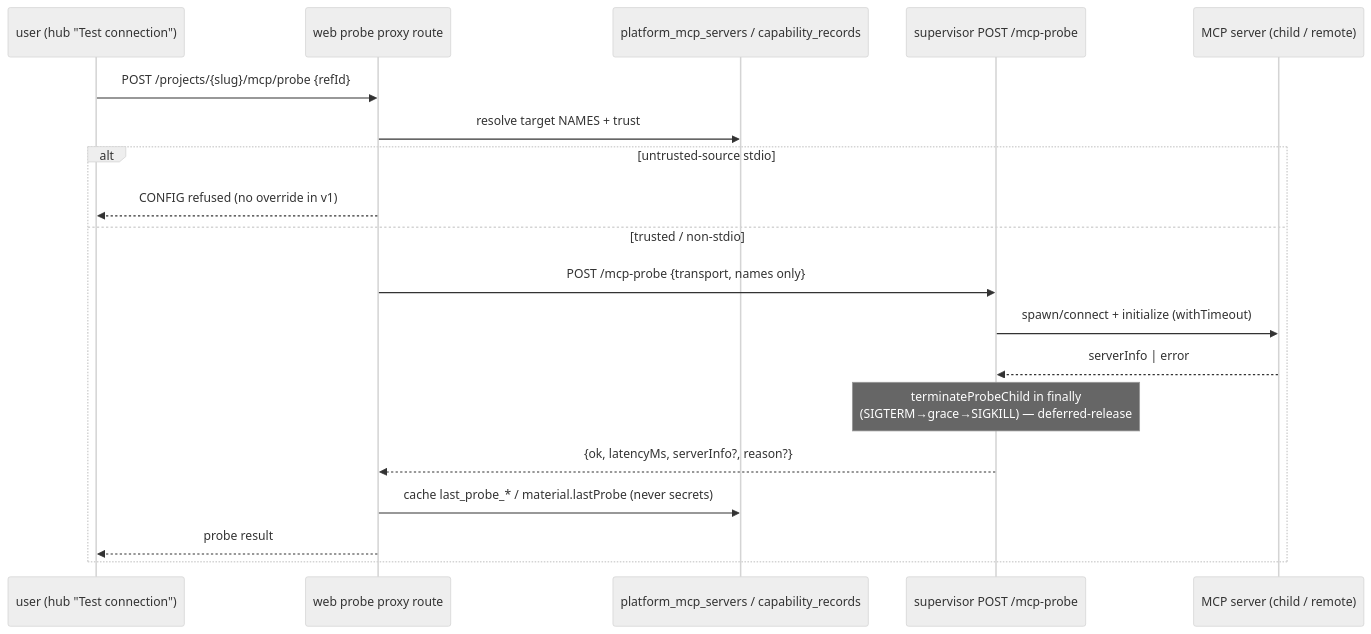
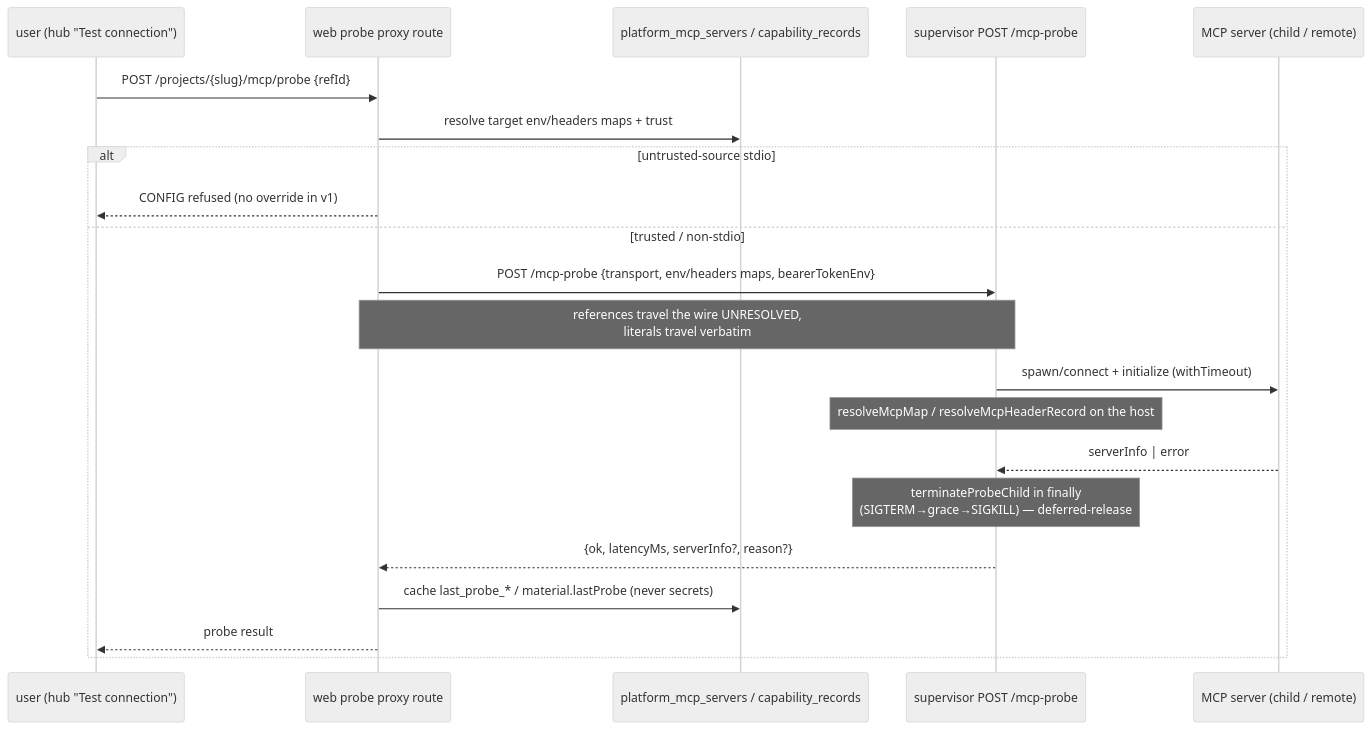
The sixth of 6 diagrams in docs/system-analytics/mcp-management.md (maister-dev/maister), drawn with Mermaid (neutral theme) before and after one commit. The commit also changed other lines of this file and 24 other files, not shown here.

First line of the commit message:
docs(mcp): ADR-179 — value maps, bearer field, value-replacing overlays, env-ref readiness, transport gate; analytics/API/DB contracts

````diff
--- a/docs/system-analytics/mcp-management.md
+++ b/docs/system-analytics/mcp-management.md
@@ -192,22 +226,24 @@
 ```mermaid
 sequenceDiagram
     participant U as user (hub "Test connection")
     participant W as web probe proxy route
     participant D as platform_mcp_servers / capability_records
     participant V as supervisor POST /mcp-probe
     participant M as MCP server (child / remote)
 
     U->>W: POST /projects/{slug}/mcp/probe {refId}
-    W->>D: resolve target NAMES + trust
+    W->>D: resolve target env/headers maps + trust
     alt untrusted-source stdio
         W-->>U: CONFIG refused (no override in v1)
     else trusted / non-stdio
-        W->>V: POST /mcp-probe {transport, names only}
+        W->>V: POST /mcp-probe {transport, env/headers maps, bearerTokenEnv}
+        note over W,V: references travel the wire UNRESOLVED,<br/>literals travel verbatim
         V->>M: spawn/connect + initialize (withTimeout)
+        note over V: resolveMcpMap / resolveMcpHeaderRecord on the host
         M-->>V: serverInfo | error
         note over V: terminateProbeChild in finally<br/>(SIGTERM→grace→SIGKILL) — deferred-release
         V-->>W: {ok, latencyMs, serverInfo?, reason?}
         W->>D: cache last_probe_* / material.lastProbe (never secrets)
         W-->>U: probe result
     end
 ```
````
